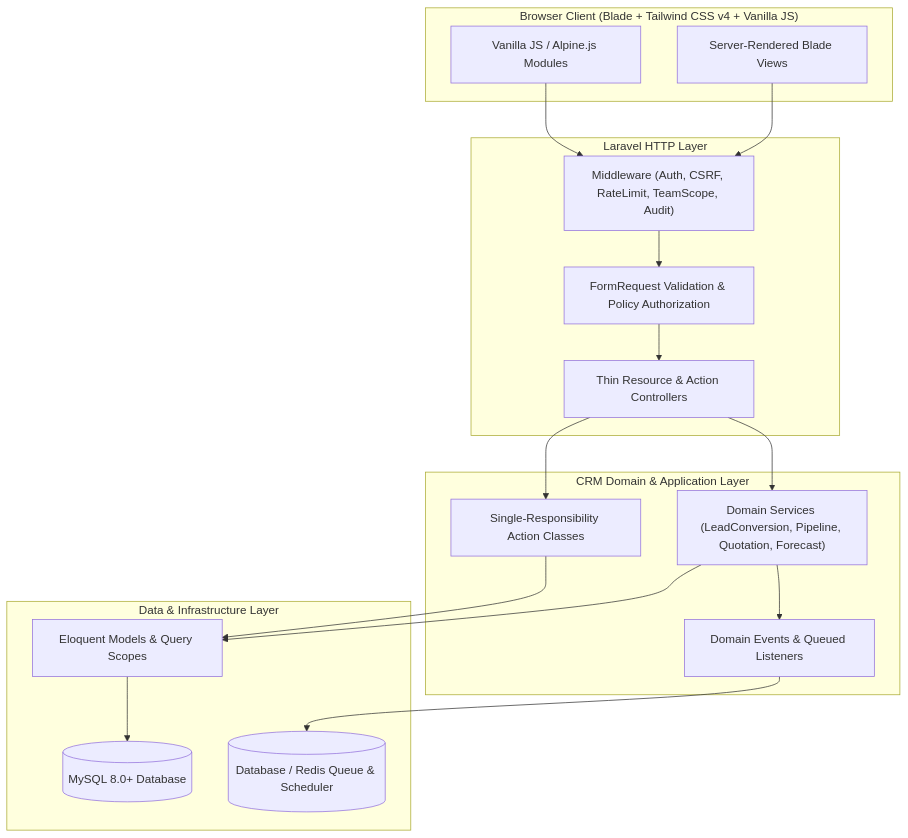
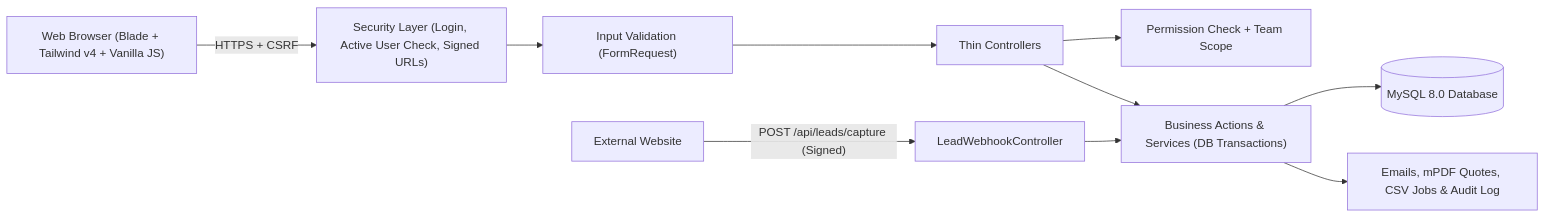
The diagram in readme.md (Shraban-7/sales-crm), drawn with Mermaid before and after one commit. The commit also changed other lines of this file and 30 other files, not shown here.

````diff
--- a/readme.md
+++ b/readme.md
@@ -28,36 +213,12 @@
 ```mermaid
-flowchart TB
-    subgraph Client["Browser Client (Blade + Tailwind CSS v4 + Vanilla JS)"]
-        UI["Server-Rendered Blade Views"]
-        JS["Vanilla JS / Alpine.js Modules"]
-    end
-
-    subgraph HTTP["Laravel HTTP Layer"]
-        MW["Middleware (Auth, CSRF, RateLimit, TeamScope, Audit)"]
-        CTRL["Thin Resource & Action Controllers"]
-        REQ["FormRequest Validation & Policy Authorization"]
-    end
-
-    subgraph Domain["CRM Domain & Application Layer"]
-        SVC["Domain Services (LeadConversion, Pipeline, Quotation, Forecast)"]
-        ACT["Single-Responsibility Action Classes"]
-        EVT["Domain Events & Queued Listeners"]
-    end
-
-    subgraph Persistence["Data & Infrastructure Layer"]
-        ELO["Eloquent Models & Query Scopes"]
-        DB[("MySQL 8.0+ Database")]
-        Q[("Database / Redis Queue & Scheduler")]
-    end
-
-    UI --> MW
-    JS --> MW
-    MW --> REQ --> CTRL
-    CTRL --> SVC
-    CTRL --> ACT
-    SVC --> ELO
-    ACT --> ELO
-    SVC --> EVT
-    EVT --> Q
-    ELO --> DB
+flowchart LR
+    Browser["Web Browser (Blade + Tailwind v4 + Vanilla JS)"] -->|"HTTPS + CSRF"| MW["Security Layer (Login, Active User Check, Signed URLs)"]
+    Webhook["External Website"] -->|"POST /api/leads/capture (Signed)"| WH["LeadWebhookController"]
+    MW --> Req["Input Validation (FormRequest)"]
+    Req --> Ctrl["Thin Controllers"]
+    Ctrl --> Policy["Permission Check + Team Scope"]
+    Ctrl --> Layer["Business Actions & Services (DB Transactions)"]
+    WH --> Layer
+    Layer --> DB[("MySQL 8.0 Database")]
+    Layer --> Bg["Emails, mPDF Quotes, CSV Jobs & Audit Log"]
 ```
````
